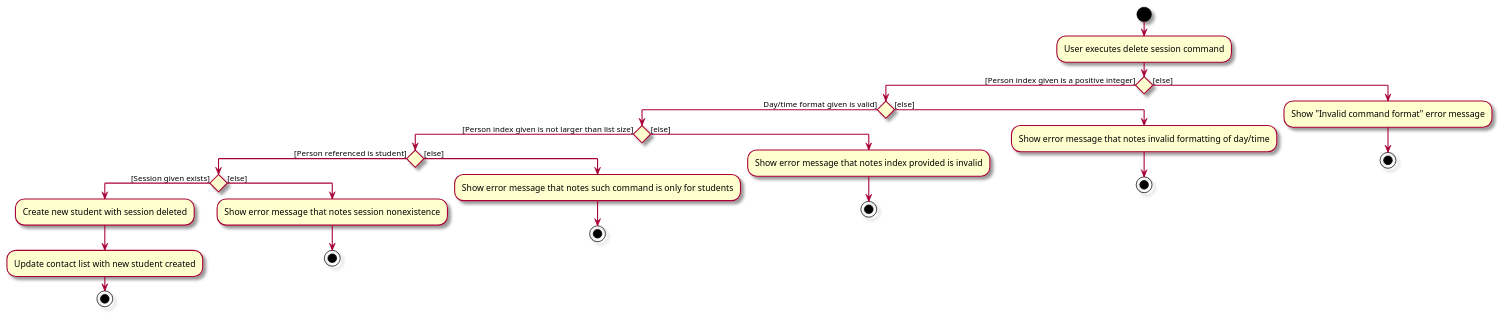
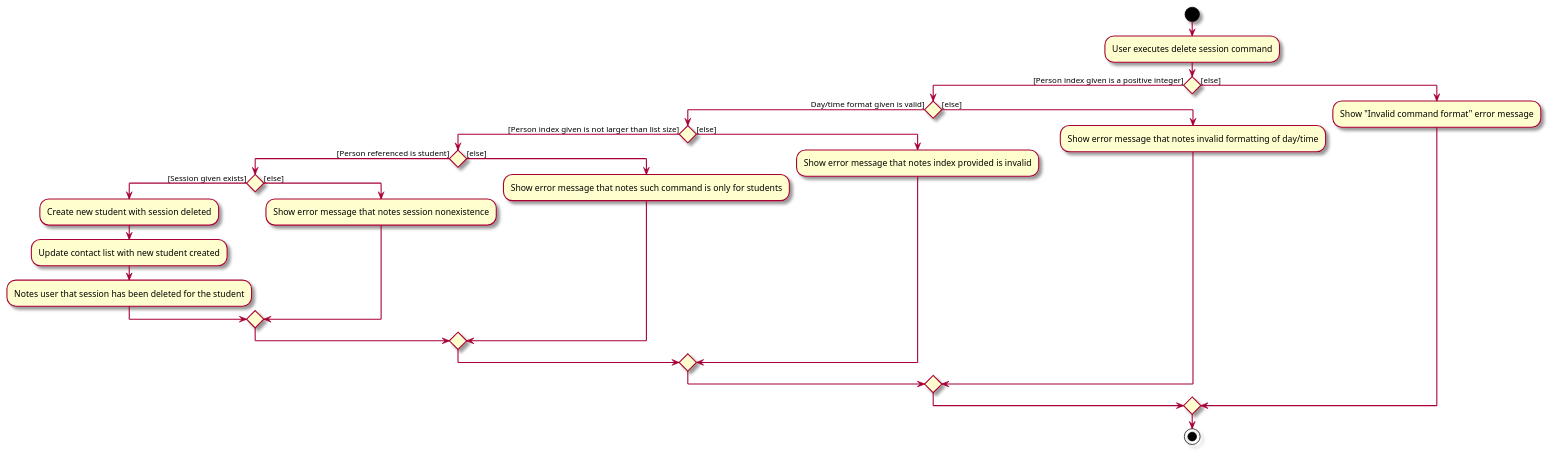
Before and after one commit to tgonet/tp: the diagram in docs/diagrams/DeleteSessionActivityDiagram.puml, drawn with PlantUML. The commit also changed 1 other file, not shown here.

Commit message:
Fix activity diagram notation errors

```diff
--- a/docs/diagrams/DeleteSessionActivityDiagram.puml
+++ b/docs/diagrams/DeleteSessionActivityDiagram.puml
@@ -1,36 +1,32 @@
 @startuml
 'https://plantuml.com/activity-diagram-beta
 skin rose
 
 start
 :User executes delete session command;
 if () then ([Person index given is a positive integer])
     if () then (Day/time format given is valid])
         if () then ([Person index given is not larger than list size])
             if () then ([Person referenced is student])
                 if () then ([Session given exists])
                     :Create new student with session deleted;
                     :Update contact list with new student created;
-                    stop
+                    :Notes user that session has been deleted for the student;
                 else ([else])
                     :Show error message that notes session nonexistence;
-                    stop
                 endif
             else ([else])
                 :Show error message that notes such command is only for students;
-                stop
             endif
         else ([else])
             :Show error message that notes index provided is invalid;
-            stop
         endif
     else ([else])
         :Show error message that notes invalid formatting of day/time;
-        stop
     endif
 else ([else])
     :Show "Invalid command format" error message;
-    stop
 endif
+stop
 
 @enduml
```
